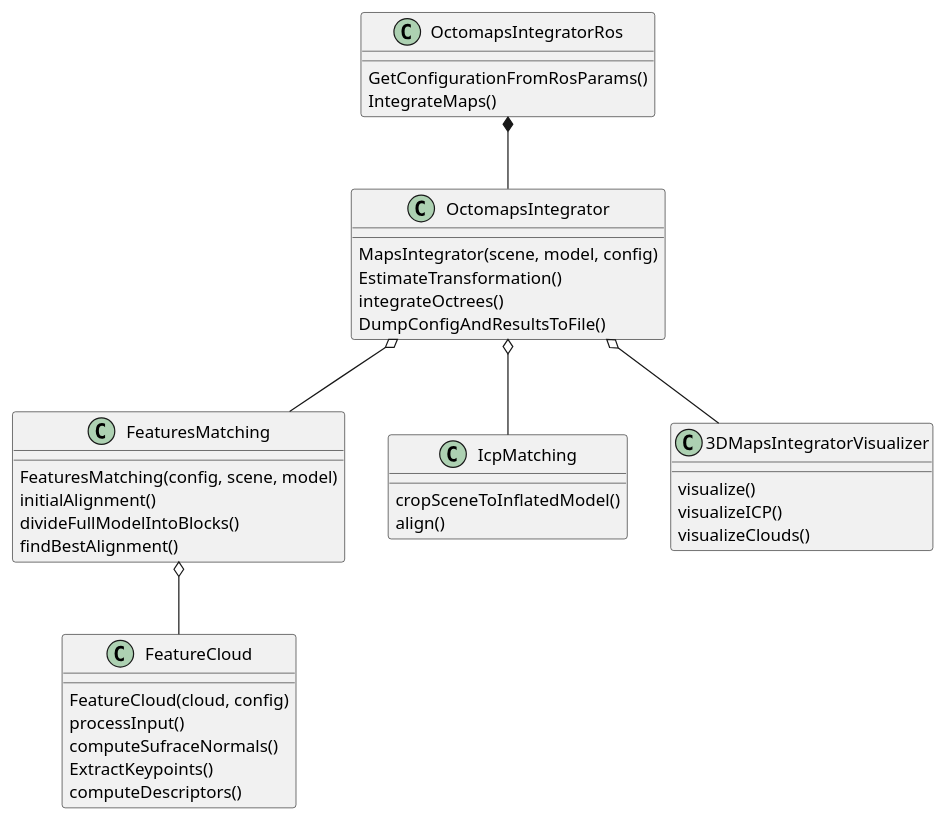
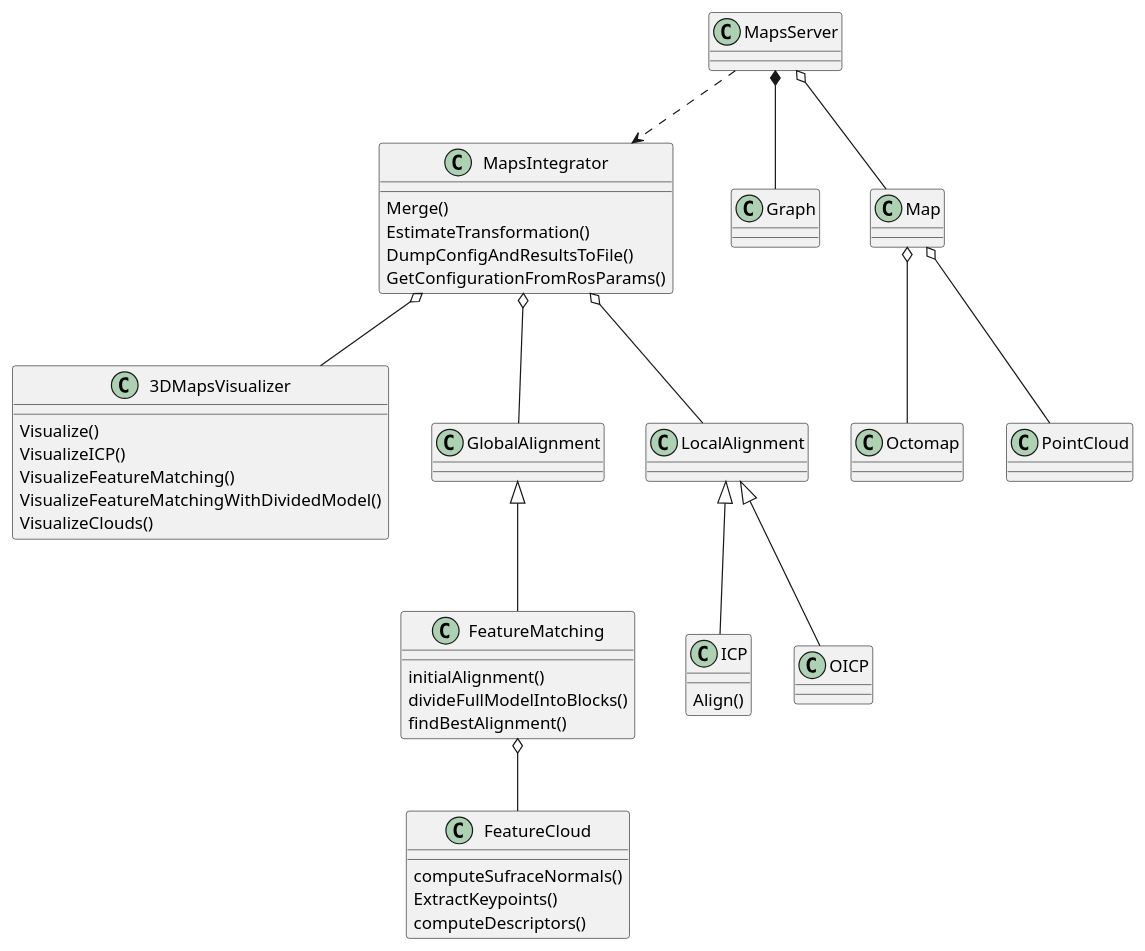
The diagram in diagrams/class_diagram.puml (mdrwiega/3d_map_server), drawn with PlantUML before and after one commit. The commit also changed 51 other files, not shown here.

```diff
--- a/diagrams/class_diagram.puml
+++ b/diagrams/class_diagram.puml
@@ -1,47 +1,53 @@
 @startuml
 
 class FeatureCloud {
-  FeatureCloud(cloud, config)
-  processInput()
   computeSufraceNormals()
   ExtractKeypoints()
   computeDescriptors()
 }
 
-class FeaturesMatching {
-  FeaturesMatching(config, scene, model)
+class FeatureMatching {
   initialAlignment()
   divideFullModelIntoBlocks()
   findBestAlignment()
 }
 
-class IcpMatching {
-  cropSceneToInflatedModel()
-  align()
+class ICP {
+  Align()
 }
 
-class OctomapsIntegrator {
-  MapsIntegrator(scene, model, config)
+class MapsIntegrator {
+  Merge()
   EstimateTransformation()
-  integrateOctrees()
   DumpConfigAndResultsToFile()
+  GetConfigurationFromRosParams()
 }
 
-class 3DMapsIntegratorVisualizer {
-	visualize()
-	visualizeICP()
-	visualizeClouds()
+class 3DMapsVisualizer {
+	Visualize()
+	VisualizeICP()
+	VisualizeFeatureMatching()
+	VisualizeFeatureMatchingWithDividedModel()
+	VisualizeClouds()
 }
 
-class OctomapsIntegratorRos {
-GetConfigurationFromRosParams()
-IntegrateMaps()
-}
+' Connections
+FeatureMatching o-- FeatureCloud
 
-FeaturesMatching o-- FeatureCloud
-OctomapsIntegrator o-- FeaturesMatching
-OctomapsIntegrator o-- IcpMatching
-OctomapsIntegrator o-- 3DMapsIntegratorVisualizer
-OctomapsIntegratorRos *-- OctomapsIntegrator
+MapsIntegrator o-- GlobalAlignment
+GlobalAlignment <|-- FeatureMatching
+
+MapsIntegrator o-- LocalAlignment
+LocalAlignment <|-- ICP
+LocalAlignment <|-- OICP
+
+MapsIntegrator o-- 3DMapsVisualizer
+
+MapsServer -.> MapsIntegrator
+MapsServer *-- Graph
+MapsServer o-- Map
+
+Map o-- Octomap
+Map o-- PointCloud
 
 @enduml
```
